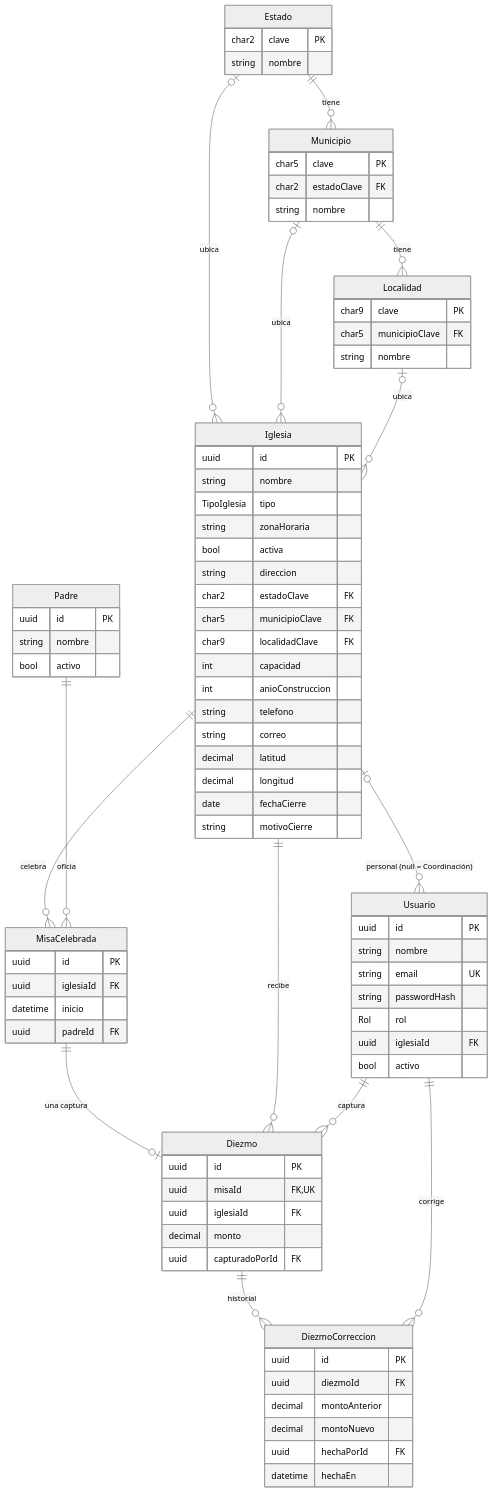
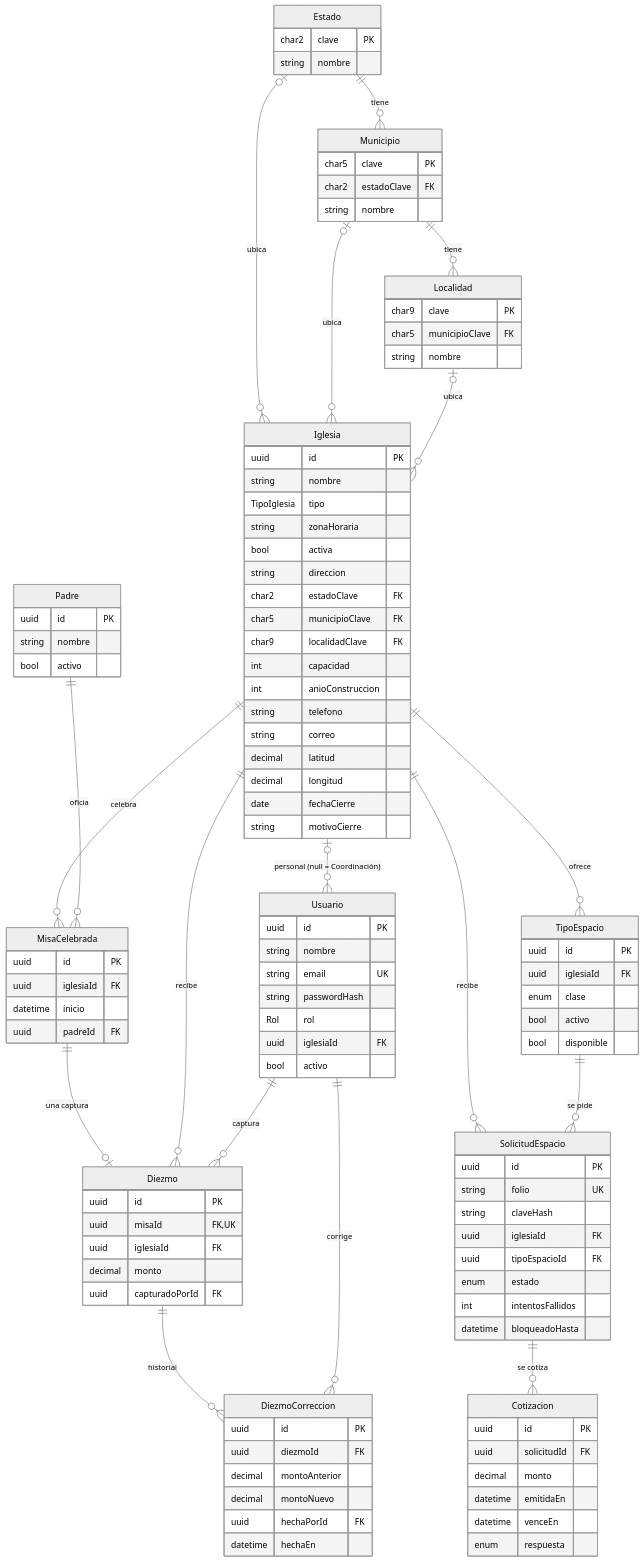
One commit to Asahel-Pech20/Iglesy-App-C changed the first of 2 diagrams in docs/modelo-datos.md. Above: the diagram before and after it, drawn with Mermaid (neutral theme). The commit also changed other lines of this file and 2 other files, not shown here.

Commit message:
feat(espacios): modelos y migración de espacios (E4-07)
TipoEspacio, SolicitudEspacio y Cotizacion, con CHECK de monto, índice único parcial
(una cotización sin respuesta por solicitud), disparador de misma iglesia y secuencia
del folio. Toca schema.prisma: para revisión de Santiago.

Asistido-por: Claude Code

````diff
--- a/docs/modelo-datos.md
+++ b/docs/modelo-datos.md
@@ -98,4 +98,33 @@
     uuid hechaPorId FK
     datetime hechaEn
   }
+  Iglesia ||--o{ TipoEspacio : "ofrece"
+  Iglesia ||--o{ SolicitudEspacio : "recibe"
+  TipoEspacio ||--o{ SolicitudEspacio : "se pide"
+  SolicitudEspacio ||--o{ Cotizacion : "se cotiza"
+  TipoEspacio {
+    uuid id PK
+    uuid iglesiaId FK
+    enum clase
+    bool activo
+    bool disponible
+  }
+  SolicitudEspacio {
+    uuid id PK
+    string folio UK
+    string claveHash
+    uuid iglesiaId FK
+    uuid tipoEspacioId FK
+    enum estado
+    int intentosFallidos
+    datetime bloqueadoHasta
+  }
+  Cotizacion {
+    uuid id PK
+    uuid solicitudId FK
+    decimal monto
+    datetime emitidaEn
+    datetime venceEn
+    enum respuesta
+  }
 ```
````
